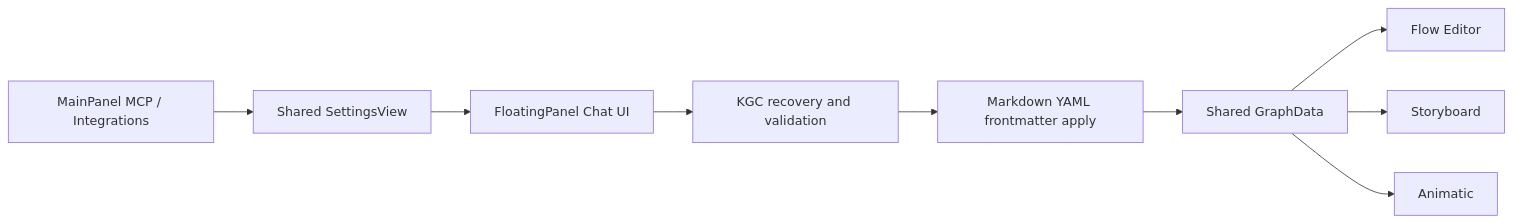
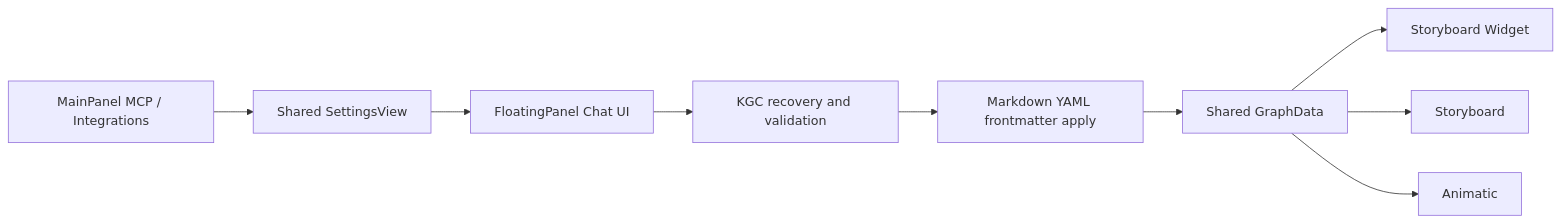
Before and after one commit to huijoohwee/knowgrph: the first of 3 diagrams in docs/documents/knowgrph-pixverse-mcp-prd-tad.md, drawn with Mermaid. The commit also changed other lines of this file and 959 other files, not shown here.

Commit message:
feat: ship storyboard widget runtime

````diff
--- a/docs/documents/knowgrph-pixverse-mcp-prd-tad.md
+++ b/docs/documents/knowgrph-pixverse-mcp-prd-tad.md
@@ -311,17 +311,17 @@
 ```mermaid
 flowchart LR
     MP[MainPanel MCP / Integrations]
     SV[Shared SettingsView]
     CHAT[FloatingPanel Chat UI]
     KGC[KGC recovery and validation]
     APPLY[Markdown YAML frontmatter apply]
     GRAPH[Shared GraphData]
-    FE[Flow Editor]
+    FE[Storyboard Widget]
     SB[Storyboard]
     AN[Animatic]
 
     MP --> SV --> CHAT --> KGC --> APPLY --> GRAPH
     GRAPH --> FE
     GRAPH --> SB
     GRAPH --> AN
 ```
````
